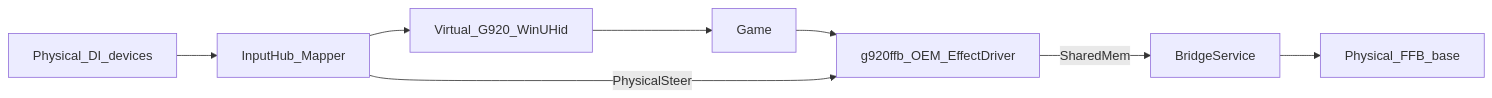
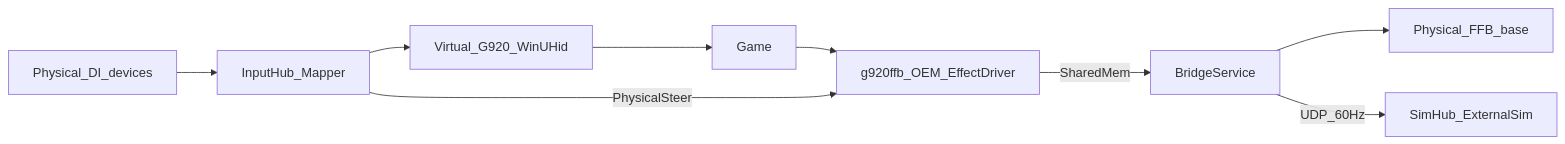
One commit to camborambo/G920Emulator changed the diagram in docs/architecture.md. Above: the diagram before and after it, drawn with Mermaid. The commit also changed other lines of this file and 121 other files, not shown here.

````diff
--- a/docs/architecture.md
+++ b/docs/architecture.md
@@ -7,10 +7,11 @@
 ```mermaid
 flowchart LR
   Phys[Physical_DI_devices] --> Hub[InputHub_Mapper]
   Hub --> Vhid[Virtual_G920_WinUHid]
   Vhid --> Game[Game]
   Game --> Oem[g920ffb_OEM_EffectDriver]
   Oem -->|SharedMem| Bridge[BridgeService]
   Hub -->|PhysicalSteer| Oem
   Bridge --> Base[Physical_FFB_base]
+  Bridge -->|UDP_60Hz| SimHub[SimHub_ExternalSim]
 ```
````
